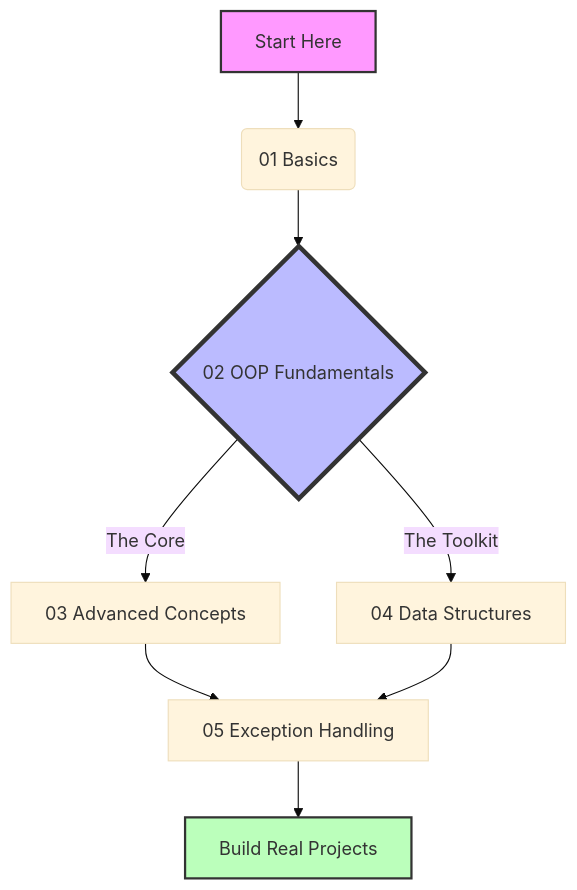
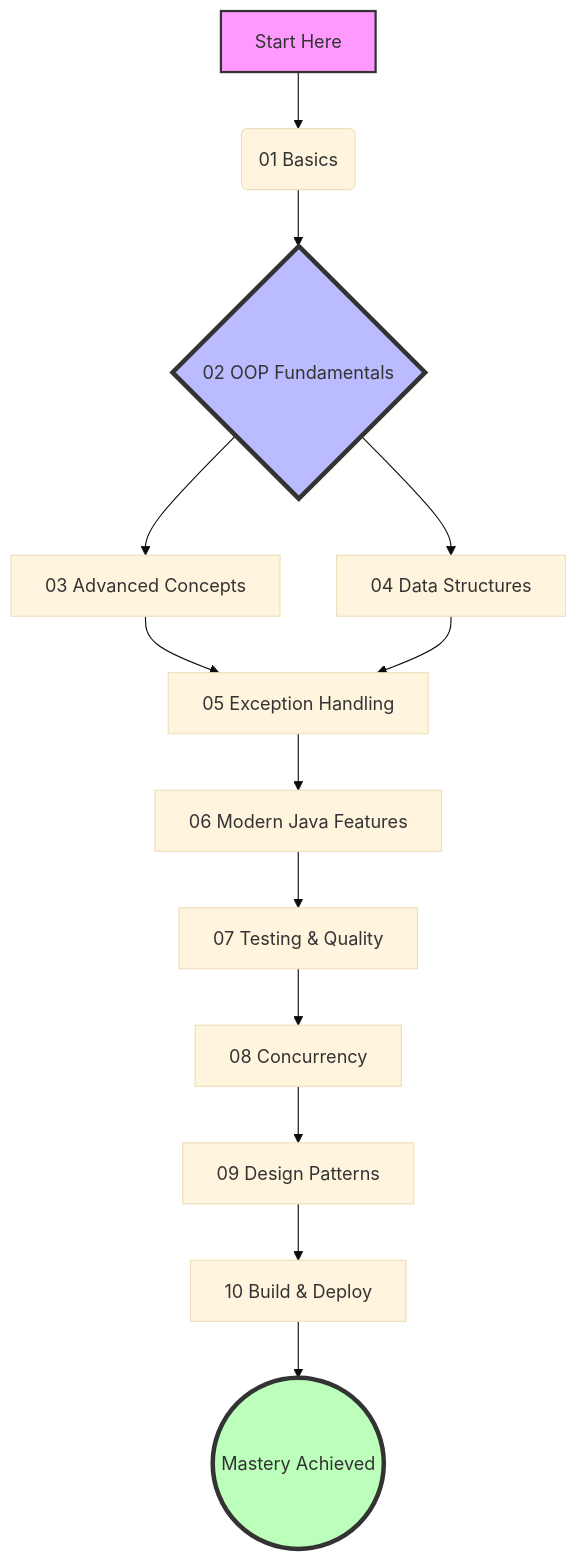
One commit to nairp126/OOPS changed the diagram in Readme.md. Above: the diagram before and after it, drawn with Mermaid (base theme). The commit also changed other lines of this file and 56 other files, not shown here.

Commit message:
feat: Introduce comprehensive modules covering Modern Java, Concurrency, Design Patterns, Testing, and Build & Deploy.

````diff
--- a/Readme.md
+++ b/Readme.md
@@ -26,14 +26,18 @@
 ```mermaid
 graph TD
     A[Start Here] --> B(01 Basics)
     B --> C{02 OOP Fundamentals}
-    C -->|The Core| D[03 Advanced Concepts]
-    C -->|The Toolkit| E[04 Data Structures]
-    D --> F[05 Exception Handling]
-    E --> F
-    F --> G[Build Real Projects]
-    
+    C --> D[03 Advanced Concepts]
+    C --> E[04 Data Structures]
+    D & E --> F[05 Exception Handling]
+    F --> G[06 Modern Java Features]
+    G --> H[07 Testing & Quality]
+    H --> I[08 Concurrency]
+    I --> J[09 Design Patterns]
+    J --> K[10 Build & Deploy]
+    K --> L((Mastery Achieved))
+
     style A fill:#f9f,stroke:#333,stroke-width:2px
     style C fill:#bbf,stroke:#333,stroke-width:4px
-    style G fill:#bfb,stroke:#333,stroke-width:2px
+    style L fill:#bfb,stroke:#333,stroke-width:4px
 ```
````
